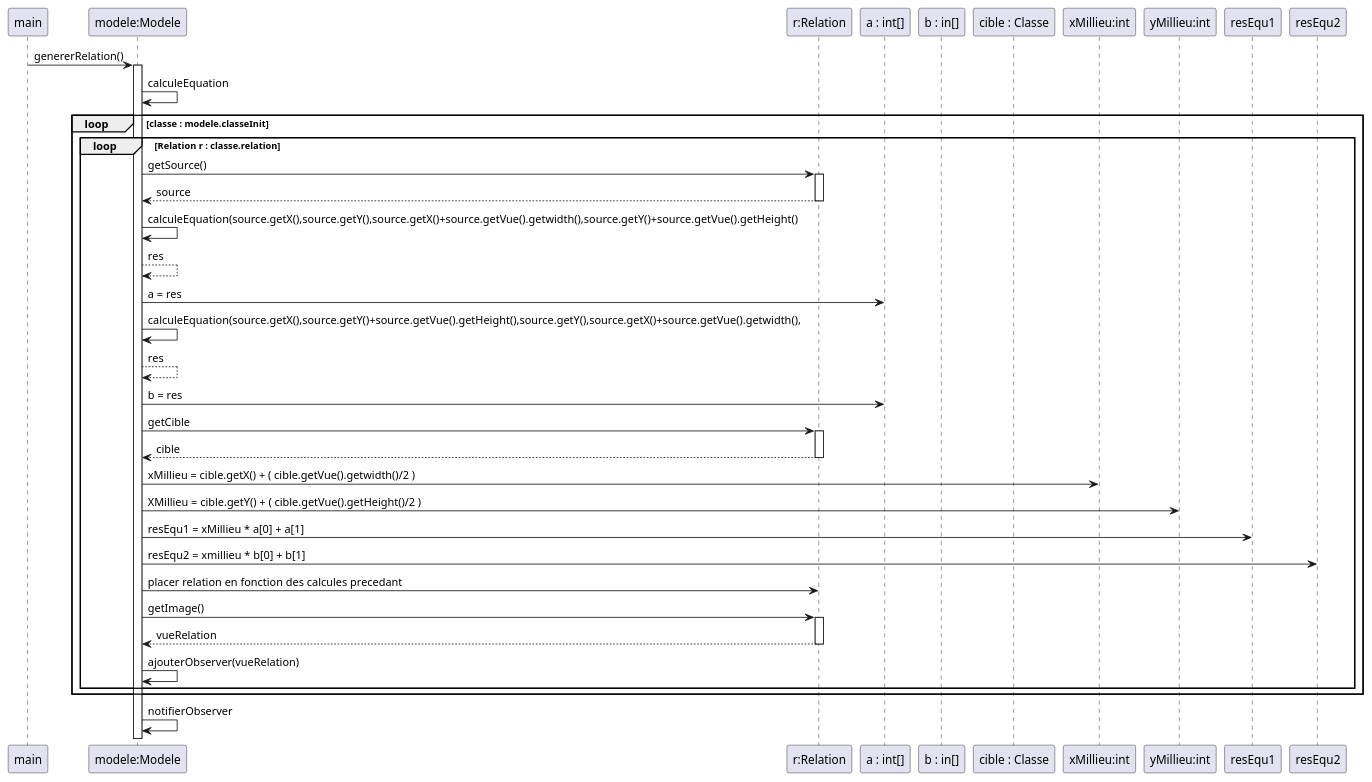
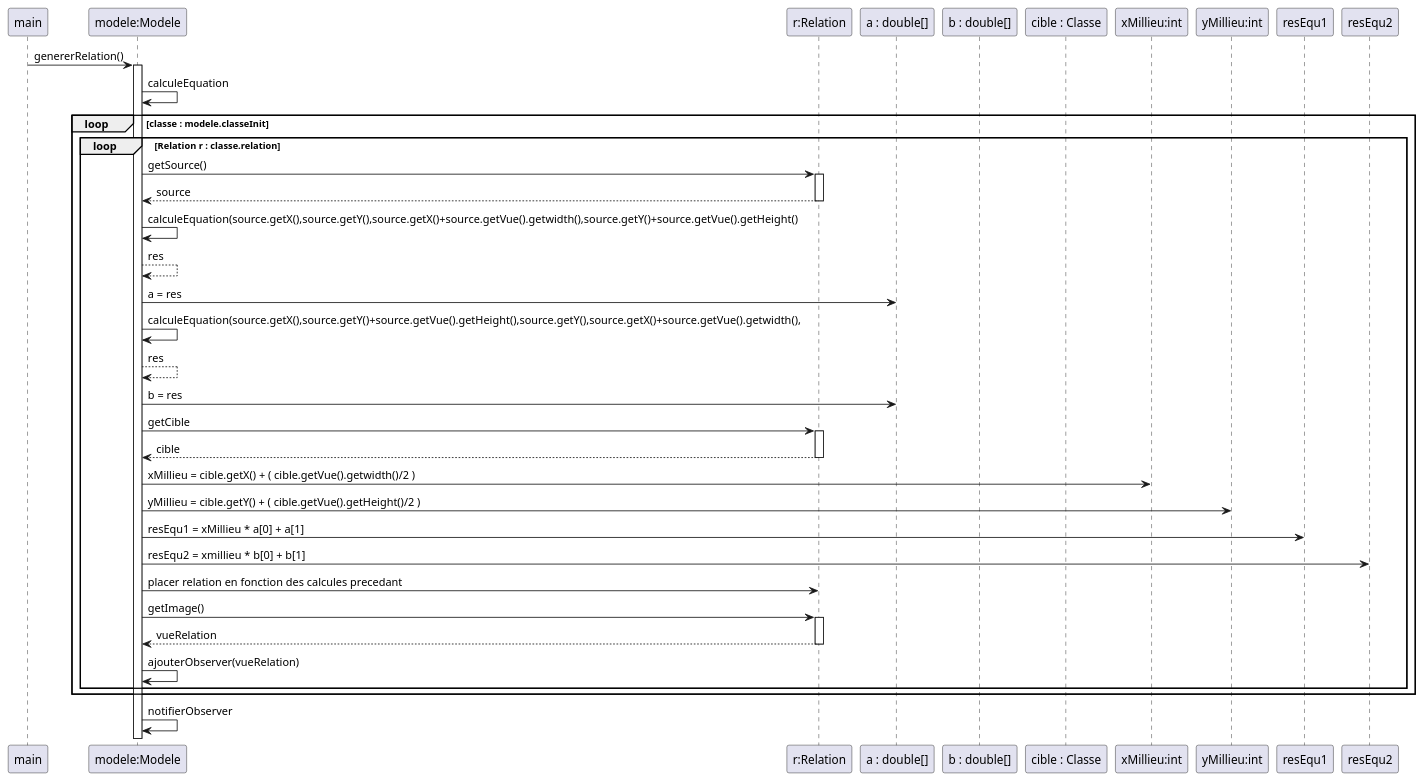
The diagram in demo/Conception/Sprint_5/Sequ_generation_relation_diagramme.puml (Cedran-Bastien/GENERATION-AUTOMATIQUE-DE-DIAGRAMME-DE-CLASSES), drawn with PlantUML before and after one commit.

Commit message:
conception placement relation fin

```diff
--- a/demo/Conception/Sprint_5/Sequ_generation_relation_diagramme.puml
+++ b/demo/Conception/Sprint_5/Sequ_generation_relation_diagramme.puml
@@ -1,62 +1,62 @@
 @startuml
 'https://plantuml.com/sequence-diagram
 participant main
 participant "modele:Modele" as modele
 participant "r:Relation" as relation
-participant "a : int[]" as equation1
-participant "b : in[]" as equation2
+participant "a : double[]" as equation1
+participant "b : double[]" as equation2
 participant "cible : Classe" as cible
 participant "xMillieu:int" as x
 participant "yMillieu:int" as y
 
 main->modele : genererRelation()
 activate modele
 
 
 
 
 
 modele->modele : calculeEquation
 
 loop classe : modele.classeInit
 loop Relation r : classe.relation
 
 modele->relation : getSource()
 activate relation
 relation-->modele : source
 deactivate relation
 
 modele -> modele : calculeEquation(source.getX(),source.getY(),source.getX()+source.getVue().getwidth(),source.getY()+source.getVue().getHeight()
 modele-->modele : res
 modele->equation1 : a = res
 modele -> modele : calculeEquation(source.getX(),source.getY()+source.getVue().getHeight(),source.getY(),source.getX()+source.getVue().getwidth(),
 modele-->modele : res
 modele->equation1 : b = res
 
 modele->relation : getCible
 activate relation
 relation-->modele : cible
 deactivate relation
 
 modele->x : xMillieu = cible.getX() + ( cible.getVue().getwidth()/2 )
-modele->y : XMillieu = cible.getY() + ( cible.getVue().getHeight()/2 )
+modele->y : yMillieu = cible.getY() + ( cible.getVue().getHeight()/2 )
 
 modele -> resEqu1 : resEqu1 = xMillieu * a[0] + a[1]
 modele -> resEqu2 : resEqu2 = xmillieu * b[0] + b[1]
 
 modele->relation : placer relation en fonction des calcules precedant
 
 modele->relation : getImage()
 activate relation
 relation-->modele : vueRelation
 deactivate relation
 
 modele->modele : ajouterObserver(vueRelation)
 
 
 
 end
 end
 
 modele->modele : notifierObserver
 @enduml
```
